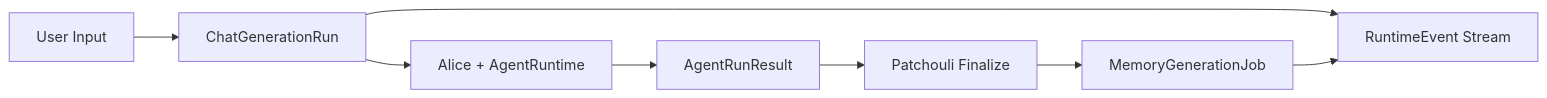
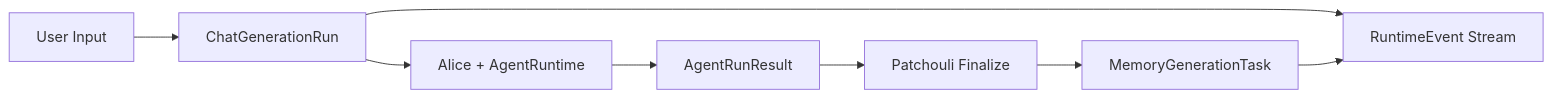
Before and after one commit to artemis03976/HiveMemory: the diagram in docs/mod/V0.4.0RuntimeControlAndObservabilityPlan.md, drawn with Mermaid. The commit also changed other lines of this file and 30 other files, not shown here.

First line of the commit message:
Feat/v0.4.0 phase2 memory generation task (#56)

````diff
--- a/docs/mod/V0.4.0RuntimeControlAndObservabilityPlan.md
+++ b/docs/mod/V0.4.0RuntimeControlAndObservabilityPlan.md
@@ -144,10 +144,10 @@
 ```mermaid
 flowchart LR
     UserInput["User Input"] --> ChatRun["ChatGenerationRun"]
     ChatRun --> AgentLoop["Alice + AgentRuntime"]
     AgentLoop --> RunResult["AgentRunResult"]
     RunResult --> Finalize["Patchouli Finalize"]
-    Finalize --> MemoryJob["MemoryGenerationJob"]
+    Finalize --> MemoryTask["MemoryGenerationTask"]
     ChatRun --> Events["RuntimeEvent Stream"]
-    MemoryJob --> Events
+    MemoryTask --> Events
 ```
````
